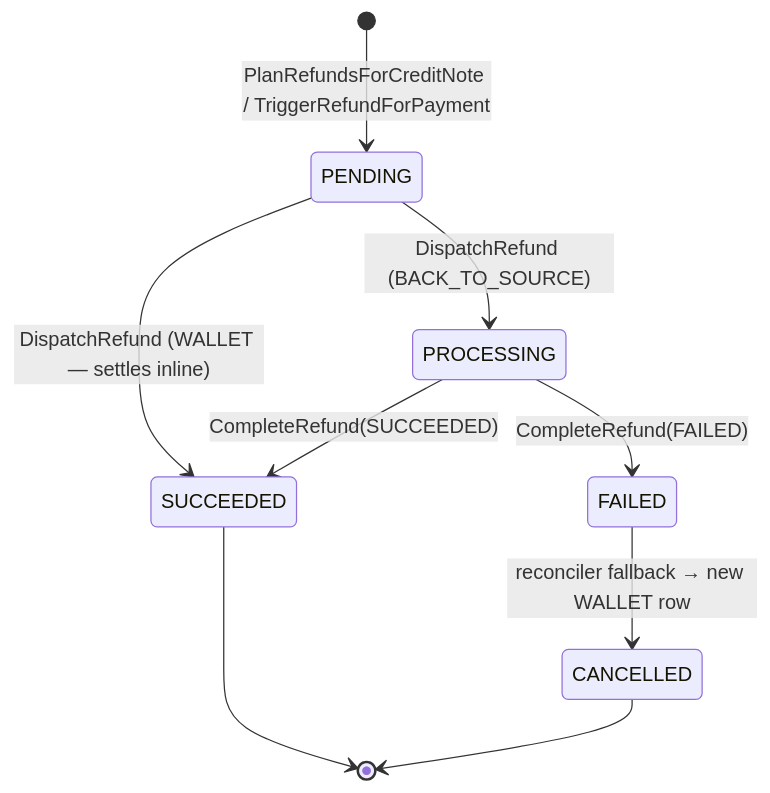
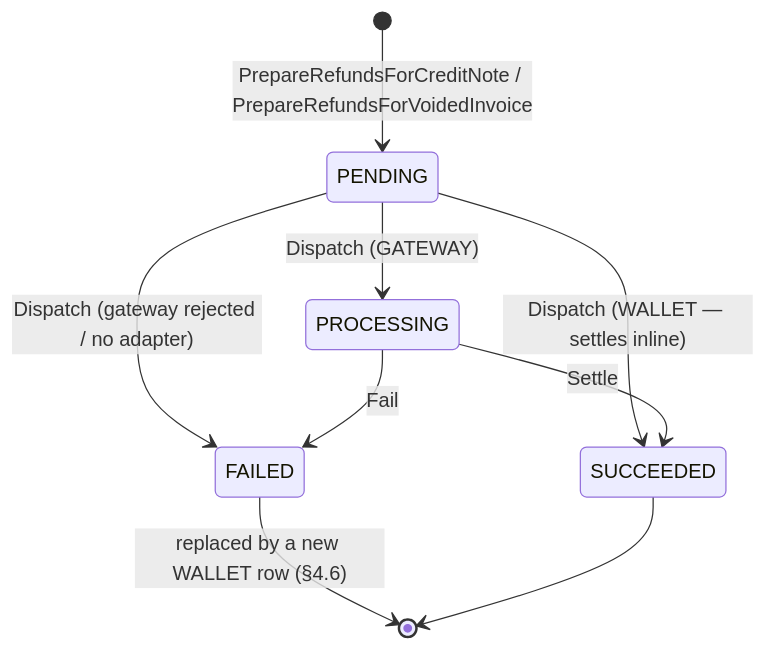
The second of 2 diagrams in docs/design/2026-08-28-refund-architecture-erd.md (subratsahilgupta/flexprice), drawn with Mermaid before and after one commit. The commit also changed other lines of this file and 1 other file, not shown here.

Commit message:
erd update

````diff
--- a/docs/design/2026-08-28-refund-architecture-erd.md
+++ b/docs/design/2026-08-28-refund-architecture-erd.md
@@ -340,11 +323,11 @@
 ```mermaid
 stateDiagram-v2
-    [*] --> PENDING : PlanRefundsForCreditNote / TriggerRefundForPayment
-    PENDING --> PROCESSING : DispatchRefund (BACK_TO_SOURCE)
-    PENDING --> SUCCEEDED : DispatchRefund (WALLET — settles inline)
-    PROCESSING --> SUCCEEDED : CompleteRefund(SUCCEEDED)
-    PROCESSING --> FAILED : CompleteRefund(FAILED)
-    FAILED --> CANCELLED : reconciler fallback → new WALLET row
+    [*] --> PENDING : PrepareRefundsForCreditNote / PrepareRefundsForVoidedInvoice
+    PENDING --> PROCESSING : Dispatch (GATEWAY)
+    PENDING --> SUCCEEDED : Dispatch (WALLET — settles inline)
+    PENDING --> FAILED : Dispatch (gateway rejected / no adapter)
+    PROCESSING --> SUCCEEDED : Settle
+    PROCESSING --> FAILED : Fail
+    FAILED --> [*] : replaced by a new WALLET row (§4.6)
     SUCCEEDED --> [*]
-    CANCELLED --> [*]
 ```
````
